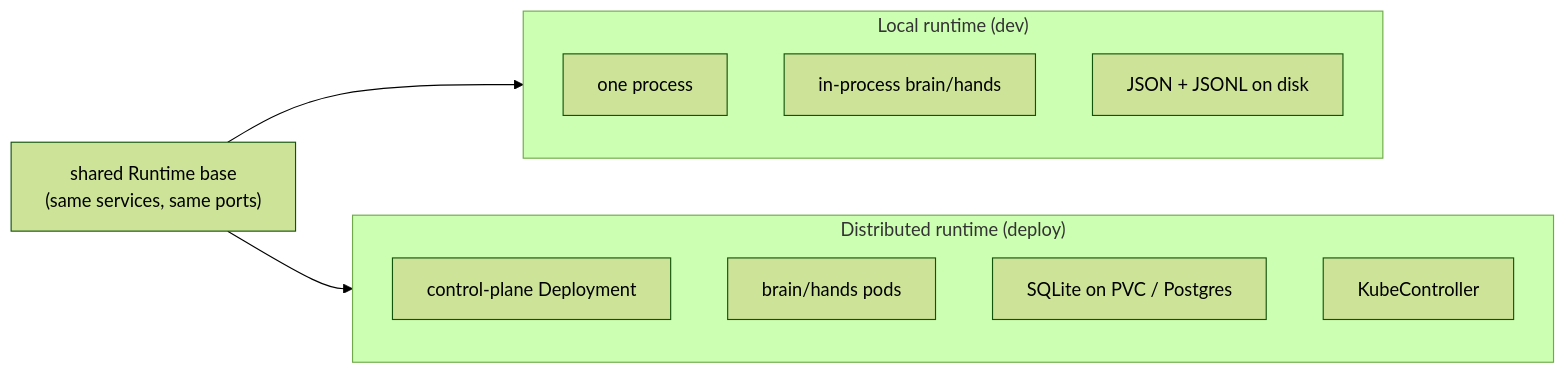
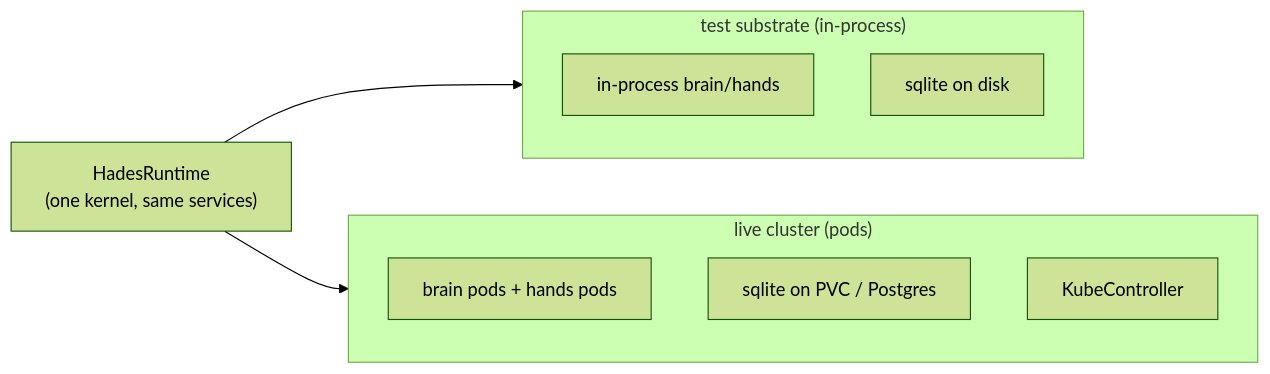
One commit to sigilmakes/hades changed the third of 4 diagrams in spec/02-architecture.md. Above: the diagram before and after it, drawn with Mermaid (forest theme). The commit also changed other lines of this file and 7 other files, not shown here.

First line of the commit message:
docs: sync to the unified runtime — no mode, hands are pods

````diff
--- a/spec/02-architecture.md
+++ b/spec/02-architecture.md
@@ -82,17 +86,15 @@
 ```mermaid
 flowchart LR
-    subgraph local["Local runtime (dev)"]
-        L1["one process"]
-        L2["in-process brain/hands"]
-        L3["JSON + JSONL on disk"]
+    KERNEL["HadesRuntime<br/>(one kernel, same services)"]
+    subgraph test["test substrate (in-process)"]
+        T1["in-process brain/hands"]
+        T2["sqlite on disk"]
     end
-    subgraph dist["Distributed runtime (deploy)"]
-        D1["control-plane Deployment"]
-        D2["brain/hands pods"]
-        D3["SQLite on PVC / Postgres"]
-        D4["KubeController"]
+    subgraph live["live cluster (pods)"]
+        L1["brain pods + hands pods"]
+        L2["sqlite on PVC / Postgres"]
+        L3["KubeController"]
     end
-    KERNEL["shared Runtime base<br/>(same services, same ports)"]
-    KERNEL --> local
-    KERNEL --> dist
+    KERNEL --> test
+    KERNEL --> live
 ```
````
